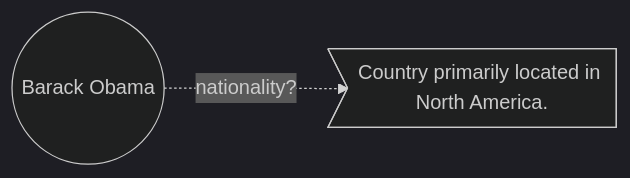
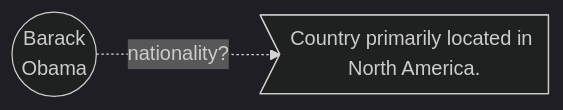
Before and after one commit to BrunoLiegiBastonLiegi/CLEP: the third of 7 diagrams in slidev_CLEP/slides.md, drawn with Mermaid (dark theme). The commit also changed other lines of this file and 6 other files, not shown here.

````diff
--- a/slidev_CLEP/slides.md
+++ b/slidev_CLEP/slides.md
@@ -414,7 +417,7 @@
 ```mermaid
 graph LR;
 
-A(("Barack Obama"))
+A(("Barack  \n  Obama"))
 B>Country primarily located in North America.]
 A -. nationality? .-> B
 ```
````
